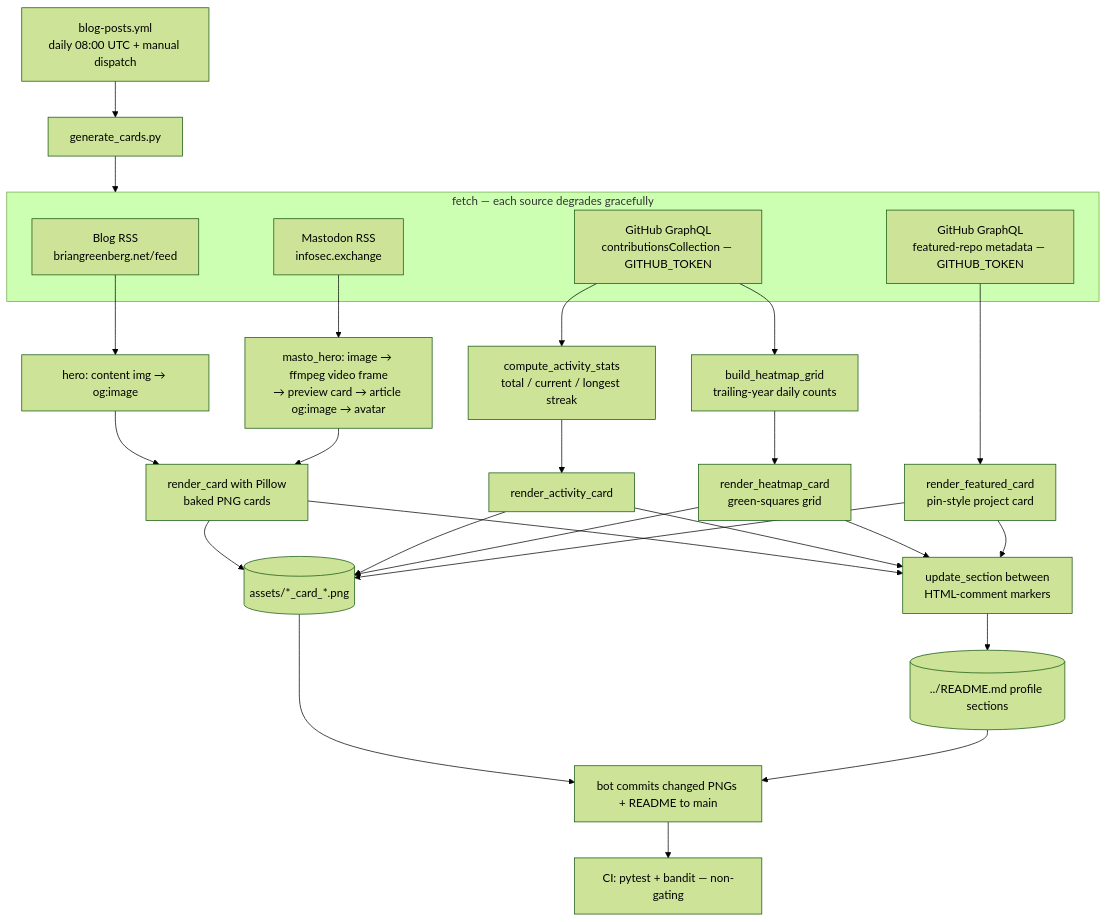
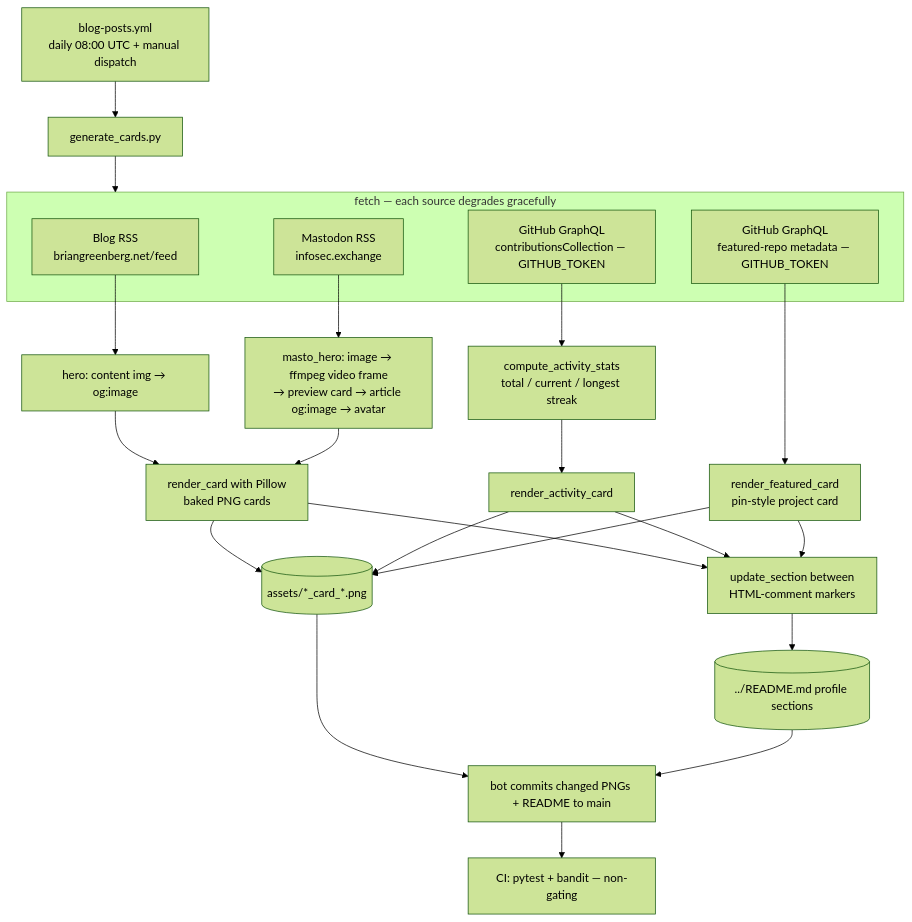
One commit to bjgreenberg/bjgreenberg changed the diagram in scripts/README.md. Above: the diagram before and after it, drawn with Mermaid (forest theme). The commit also changed other lines of this file and 4 other files, not shown here.

First line of the commit message:
refactor(cards)!: drop the contribution heatmap card as redundant

````diff
--- a/scripts/README.md
+++ b/scripts/README.md
@@ -23,32 +23,28 @@
 ```mermaid
 flowchart TB
     cron["blog-posts.yml<br/>daily 08:00 UTC + manual dispatch"] --> gen["generate_cards.py"]
     subgraph sources["fetch — each source degrades gracefully"]
         s1["Blog RSS<br/>briangreenberg.net/feed"]
         s2["Mastodon RSS<br/>infosec.exchange"]
         s3["GitHub GraphQL<br/>contributionsCollection — GITHUB_TOKEN"]
         s4["GitHub GraphQL<br/>featured-repo metadata — GITHUB_TOKEN"]
     end
     gen --> sources
     s1 --> hero1["hero: content img → og:image"]
     s2 --> hero2["masto_hero: image → ffmpeg video frame<br/>→ preview card → article og:image → avatar"]
     s3 --> stats["compute_activity_stats<br/>total / current / longest streak"]
-    s3 --> heat["build_heatmap_grid<br/>trailing-year daily counts"]
     hero1 --> render["render_card with Pillow<br/>baked PNG cards"]
     hero2 --> render
     stats --> renderA["render_activity_card"]
-    heat --> renderH["render_heatmap_card<br/>green-squares grid"]
     s4 --> renderF["render_featured_card<br/>pin-style project card"]
     render --> assets[("assets/*_card_*.png")]
     renderA --> assets
-    renderH --> assets
     renderF --> assets
     render --> upd["update_section between<br/>HTML-comment markers"]
     renderA --> upd
-    renderH --> upd
     renderF --> upd
     upd --> readme[("../README.md profile sections")]
     assets --> commit["bot commits changed PNGs + README to main"]
     readme --> commit
     commit --> ci["CI: pytest + bandit — non-gating"]
 ```
````
